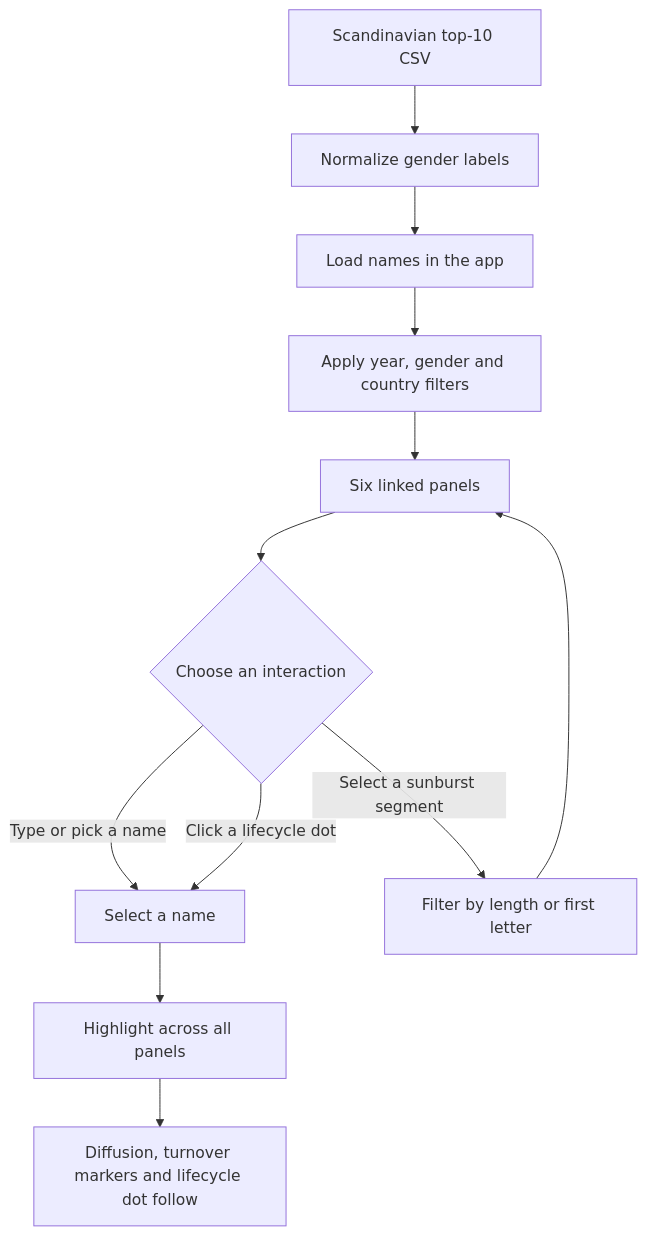
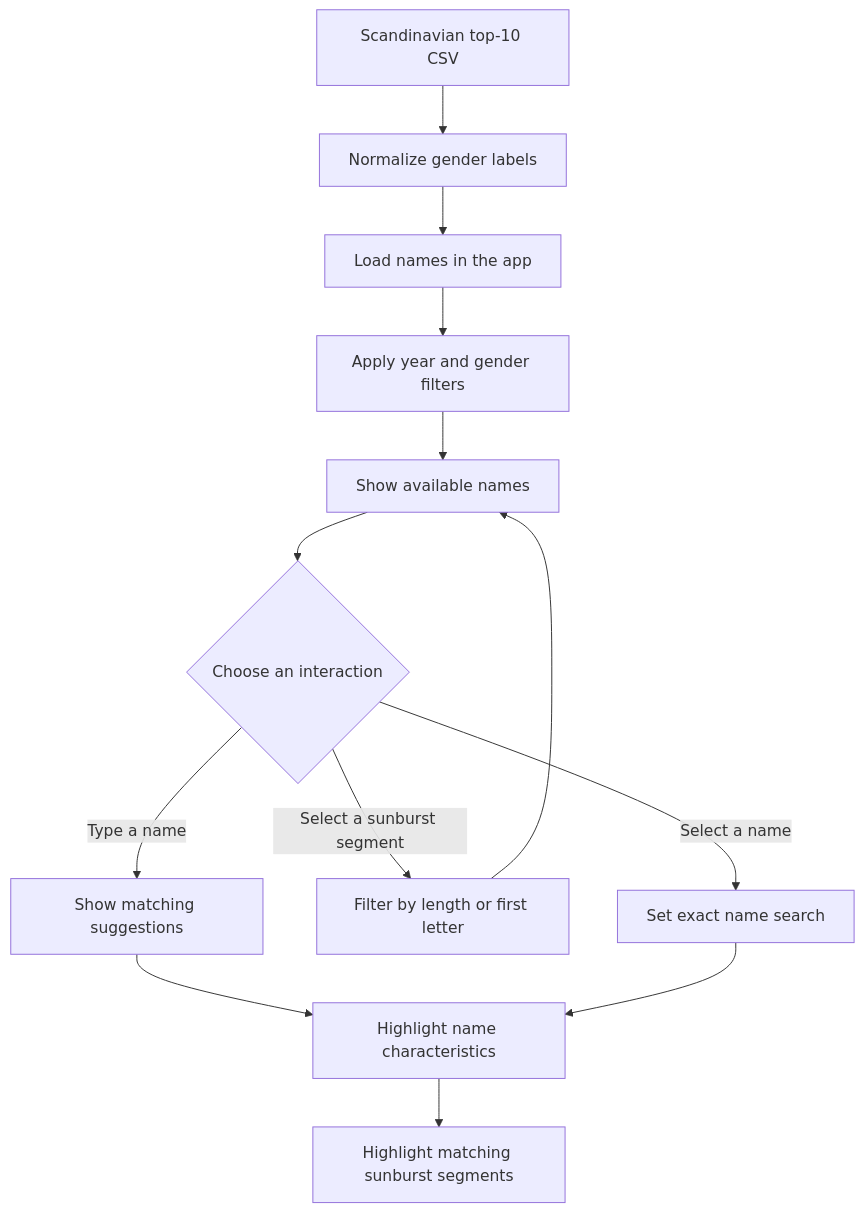
The diagram in README.md (Eliashaa/InfoVis-project), drawn with Mermaid before and after one commit. The commit also changed other lines of this file and 24 other files, not shown here.

Commit message:
Restore main to Added chart in read me (bda5c11)

````diff
--- a/README.md
+++ b/README.md
@@ -87,14 +52,15 @@
 ```mermaid
 flowchart TD
 	A[Scandinavian top-10 CSV] --> B[Normalize gender labels]
 	B --> C[Load names in the app]
-	C --> D[Apply year, gender and country filters]
-	D --> E[Six linked panels]
+	C --> D[Apply year and gender filters]
+	D --> E[Show available names]
 	E --> F{Choose an interaction}
-	F -->|Type or pick a name| G[Select a name]
+	F -->|Type a name| G[Show matching suggestions]
 	F -->|Select a sunburst segment| H[Filter by length or first letter]
-	F -->|Click a lifecycle dot| G
+	F -->|Select a name| I[Set exact name search]
+	G --> J[Highlight name characteristics]
 	H --> E
-	G --> I[Highlight across all panels]
-	I --> J[Diffusion, turnover markers and lifecycle dot follow]
+	I --> J
+	J --> K[Highlight matching sunburst segments]
 ```
````
